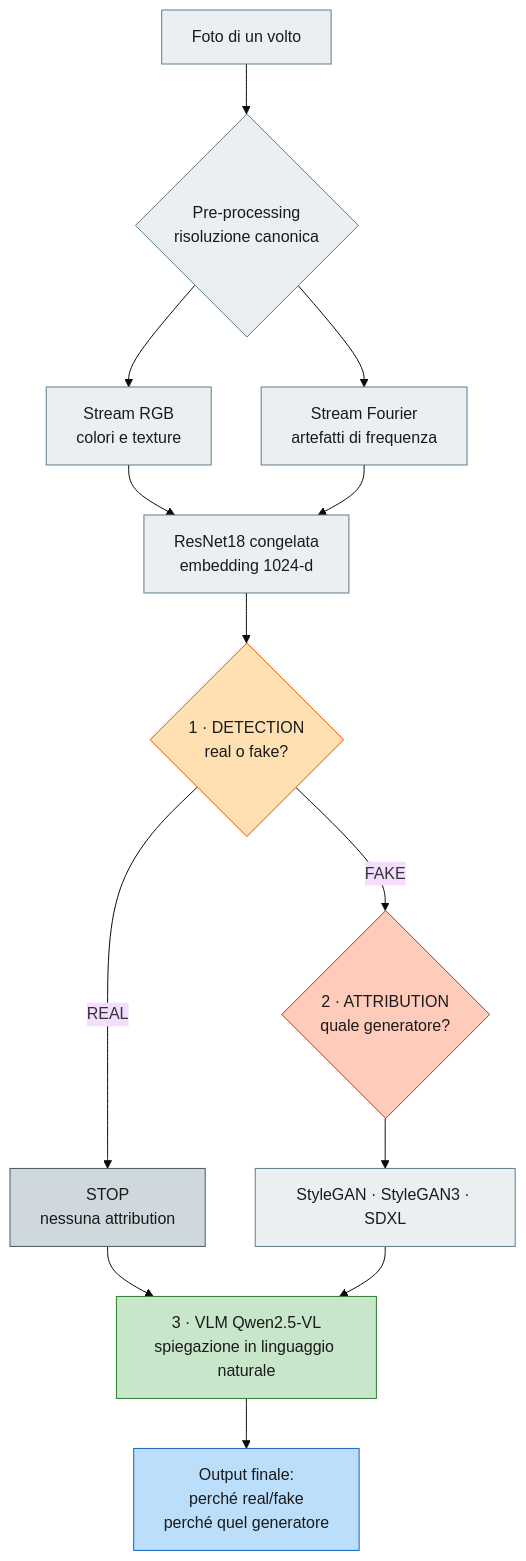
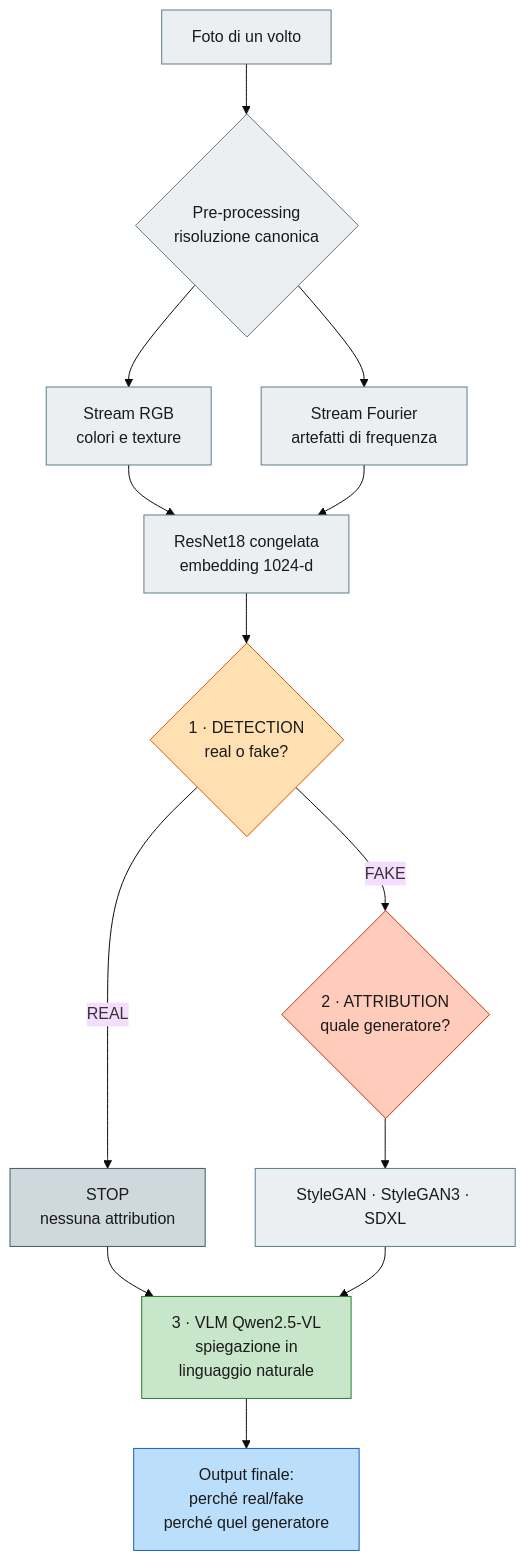
The diagram in Progetto/report/report.md (giuliopedicone02/MultimediaForensics), drawn with Mermaid (base theme) before and after one commit.

Commit message:
Diagramma: nodo VLM su piu' righe (fix testo troncato)

````diff
--- a/Progetto/report/report.md
+++ b/Progetto/report/report.md
@@ -97,37 +97,37 @@
 ```mermaid
 flowchart TD
     A["Foto di un volto"] --> B{"Pre-processing<br/>risoluzione canonica"}
 
     B --> C1["Stream RGB<br/>colori e texture"]
     B --> C2["Stream Fourier<br/>artefatti di frequenza"]
 
     C1 --> D["ResNet18 congelata<br/>embedding 1024-d"]
     C2 --> D
 
     D --> E{"1 · DETECTION<br/>real o fake?"}
 
     E -->|REAL| F["STOP<br/>nessuna attribution"]
     E -->|FAKE| G{"2 · ATTRIBUTION<br/>quale generatore?"}
 
     G --> H["StyleGAN · StyleGAN3 · SDXL"]
 
-    F --> I["3 · VLM Qwen2.5-VL<br/>spiegazione in linguaggio naturale"]
+    F --> I["3 · VLM Qwen2.5-VL<br/>spiegazione in<br/>linguaggio naturale"]
     H --> I
 
     I --> J["Output finale:<br/>perché real/fake<br/>perché quel generatore"]
 
     %% fill chiaro + testo scuro su OGNI nodo: leggibile sia in tema chiaro sia scuro
     classDef step fill:#eceff1,stroke:#607d8b,color:#1a1a1a
     classDef det  fill:#ffe0b2,stroke:#e65100,color:#1a1a1a
     classDef attr fill:#ffccbc,stroke:#bf360c,color:#1a1a1a
     classDef stop fill:#cfd8dc,stroke:#455a64,color:#1a1a1a
     classDef vlm  fill:#c8e6c9,stroke:#2e7d32,color:#1a1a1a
     classDef out  fill:#bbdefb,stroke:#1565c0,color:#1a1a1a
 
     class A,B,C1,C2,D,H step
     class E det
     class G attr
     class F stop
     class I vlm
     class J out
 ```
````
